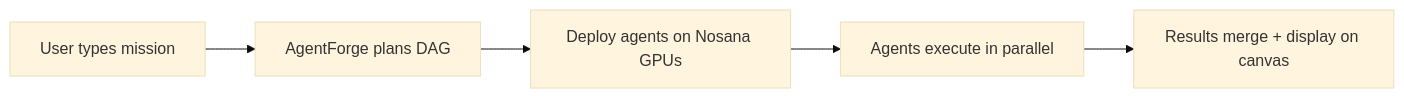
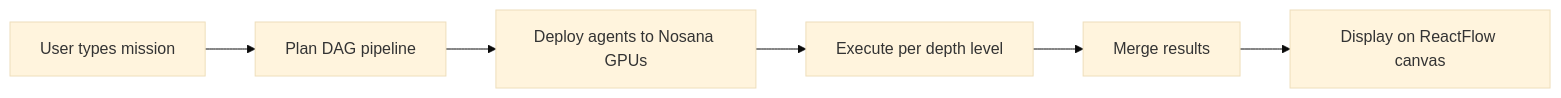
One commit to Andy00L/agent-challenge-4 changed the first of 4 diagrams in README.md. Above: the diagram before and after it, drawn with Mermaid (base theme). The commit also changed other lines of this file and 55 other files, not shown here.

Commit message:
feat: complete AgentForge - 7 prompts, shadcn, evaluator, events, tests, audit

````diff
--- a/README.md
+++ b/README.md
@@ -13,7 +19,8 @@
 ```mermaid
 graph LR
-    A[User types mission] --> B[AgentForge plans DAG]
-    B --> C[Deploy agents on Nosana GPUs]
-    C --> D[Agents execute in parallel]
-    D --> E[Results merge + display on canvas]
+    A[User types mission] --> B[Plan DAG pipeline]
+    B --> C[Deploy agents to Nosana GPUs]
+    C --> D[Execute per depth level]
+    D --> E[Merge results]
+    E --> F[Display on ReactFlow canvas]
 ```
````
